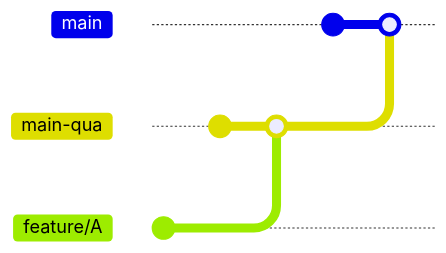
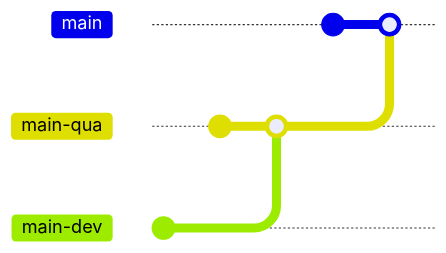
Before and after one commit to petitess/markdown: the first of 4 diagrams in mermaid04.md, drawn with Mermaid. Commit ids are hidden.

````diff
--- a/mermaid04.md
+++ b/mermaid04.md
@@ -1,13 +1,13 @@
 ```mermaid
 
 gitGraph
        branch main-qua
-       branch feature/A
+       branch main-dev
        commit
        checkout main-qua
        commit
-       merge feature/A
+       merge main-dev
        checkout main
        commit
        merge main-qua
 ```
````
